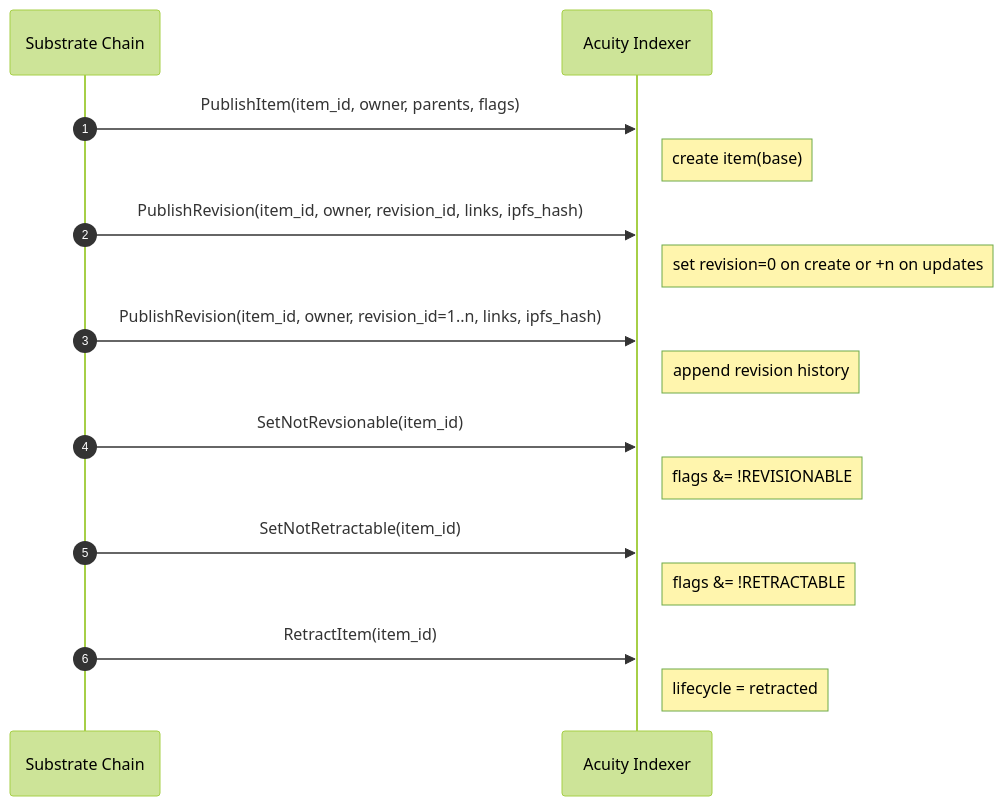
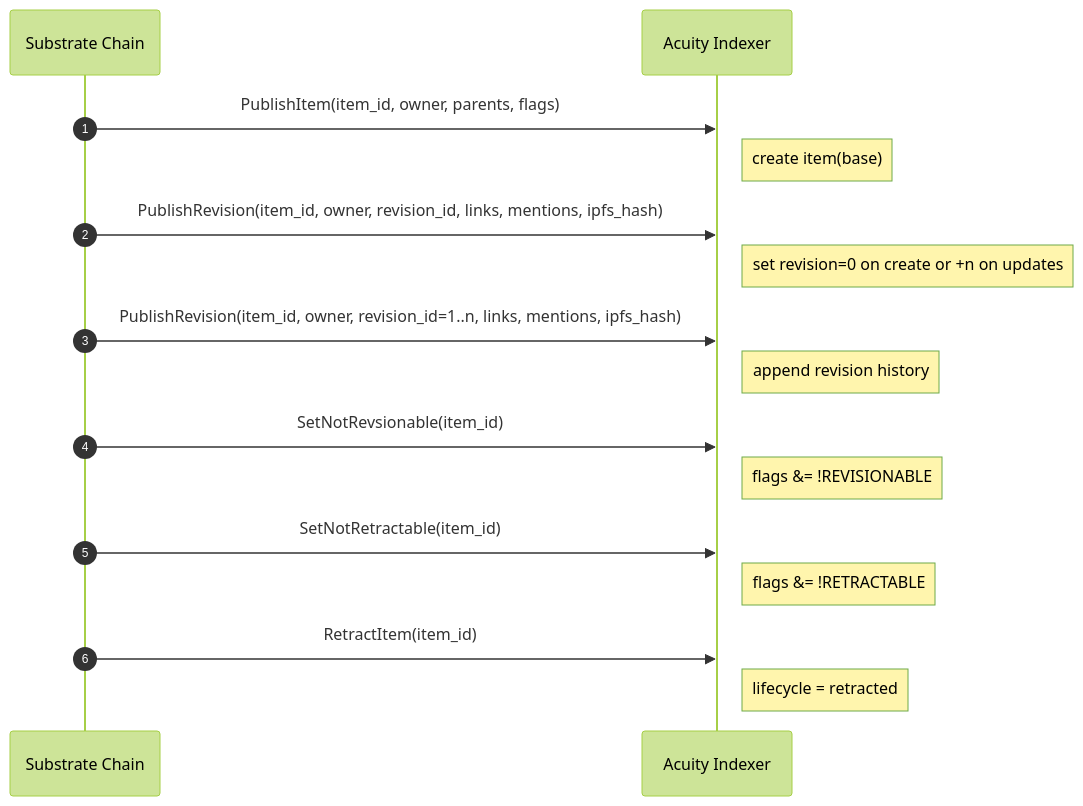
Before and after one commit to acuity-network/pallet-content: the diagram in docs/indexing-workflow.md, drawn with Mermaid (forest theme). The commit also changed other lines of this file and 14 other files, not shown here.

First line of the commit message:
add revision account mentions

````diff
--- a/docs/indexing-workflow.md
+++ b/docs/indexing-workflow.md
@@ -18,24 +18,24 @@
 ```mermaid
 sequenceDiagram
   autonumber
   participant Chain as Substrate Chain
   participant Index as Acuity Indexer
 
   Chain->>Index: PublishItem(item_id, owner, parents, flags)
   Note right of Index: create item(base)
 
-  Chain->>Index: PublishRevision(item_id, owner, revision_id, links, ipfs_hash)
+  Chain->>Index: PublishRevision(item_id, owner, revision_id, links, mentions, ipfs_hash)
   Note right of Index: set revision=0 on create or +n on updates
 
-  Chain->>Index: PublishRevision(item_id, owner, revision_id=1..n, links, ipfs_hash)
+  Chain->>Index: PublishRevision(item_id, owner, revision_id=1..n, links, mentions, ipfs_hash)
   Note right of Index: append revision history
 
   Chain->>Index: SetNotRevsionable(item_id)
   Note right of Index: flags &= !REVISIONABLE
 
   Chain->>Index: SetNotRetractable(item_id)
   Note right of Index: flags &= !RETRACTABLE
 
   Chain->>Index: RetractItem(item_id)
   Note right of Index: lifecycle = retracted
 ```
````
